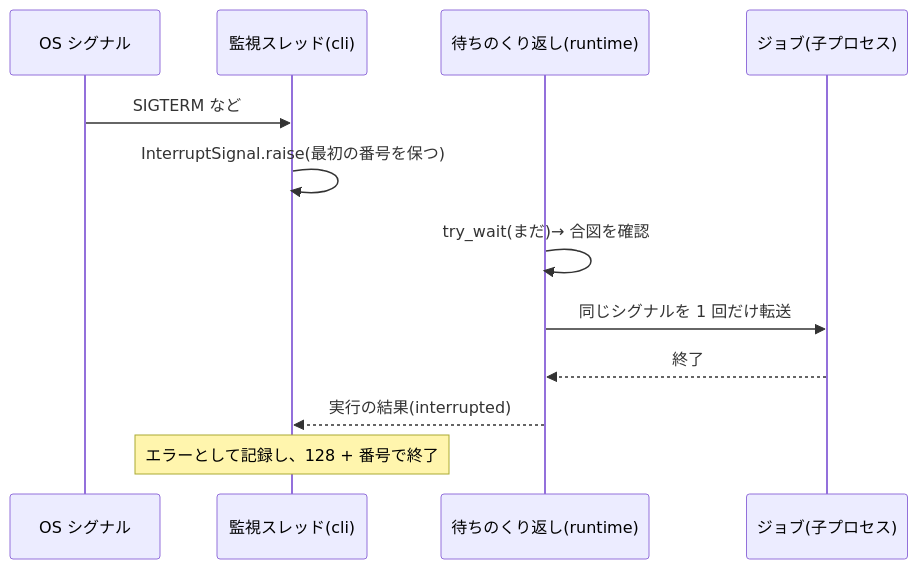
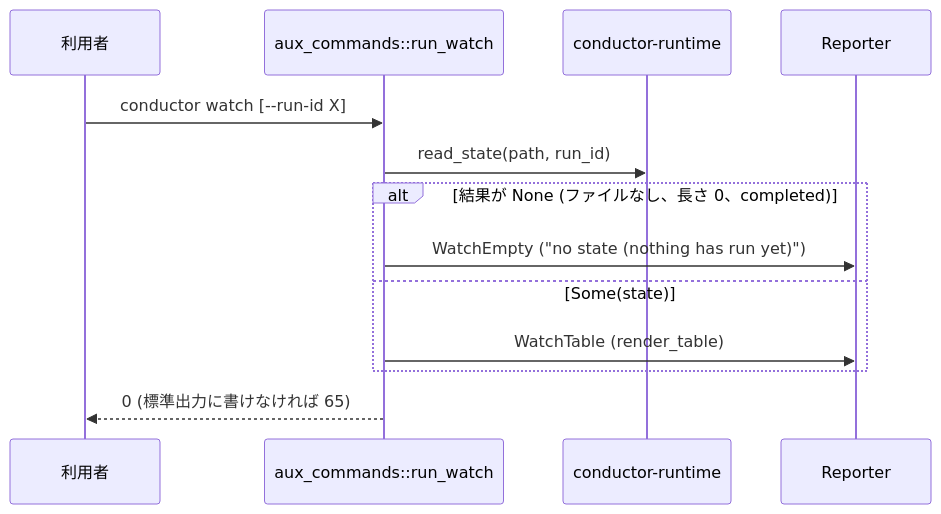
The third of 3 diagrams in aidlc/spaces/default/codekb/rust-job-conductor/architecture.md (agwlvssainokuni/rust-job-conductor), drawn with Mermaid before and after one commit. The commit also changed other lines of this file and 19 other files, not shown here.

````diff
--- a/aidlc/spaces/default/codekb/rust-job-conductor/architecture.md
+++ b/aidlc/spaces/default/codekb/rust-job-conductor/architecture.md
@@ -80,14 +81,15 @@
 ```mermaid
 sequenceDiagram
-    participant S as OS シグナル
-    participant W as 監視スレッド(cli)
-    participant L as 待ちのくり返し(runtime)
-    participant J as ジョブ(子プロセス)
-    S->>W: SIGTERM など
-    W->>W: InterruptSignal.raise(最初の番号を保つ)
-    L->>L: try_wait(まだ)→ 合図を確認
-    L->>J: 同じシグナルを 1 回だけ転送
-    J-->>L: 終了
-    L-->>W: 実行の結果(interrupted)
-    Note over W: エラーとして記録し、128 + 番号で終了
+    participant U as 利用者
+    participant W as aux_commands::run_watch
+    participant RT as conductor-runtime
+    participant R as Reporter
+    U->>W: conductor watch [--run-id X]
+    W->>RT: read_state(path, run_id)
+    alt 結果が None (ファイルなし、長さ 0、completed)
+        W->>R: WatchEmpty ("no state (nothing has run yet)")
+    else Some(state)
+        W->>R: WatchTable (render_table)
+    end
+    W-->>U: 0 (標準出力に書けなければ 65)
 ```
````
